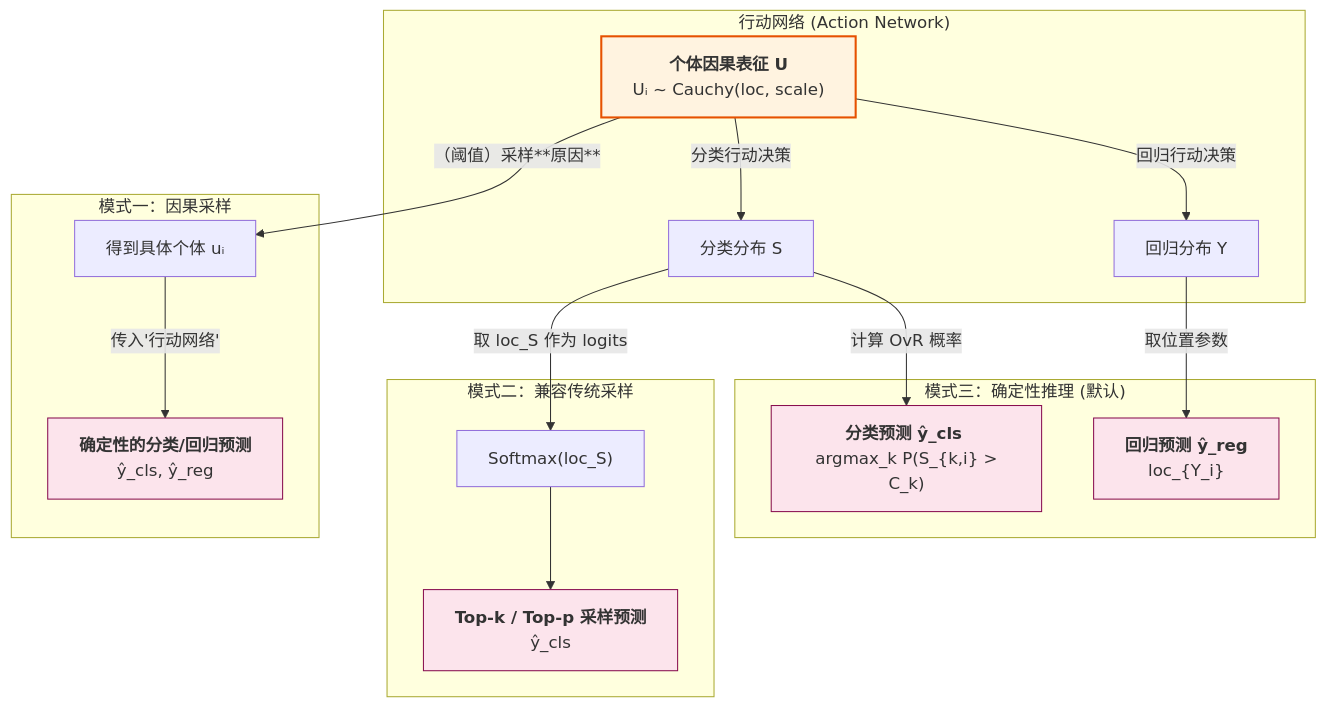
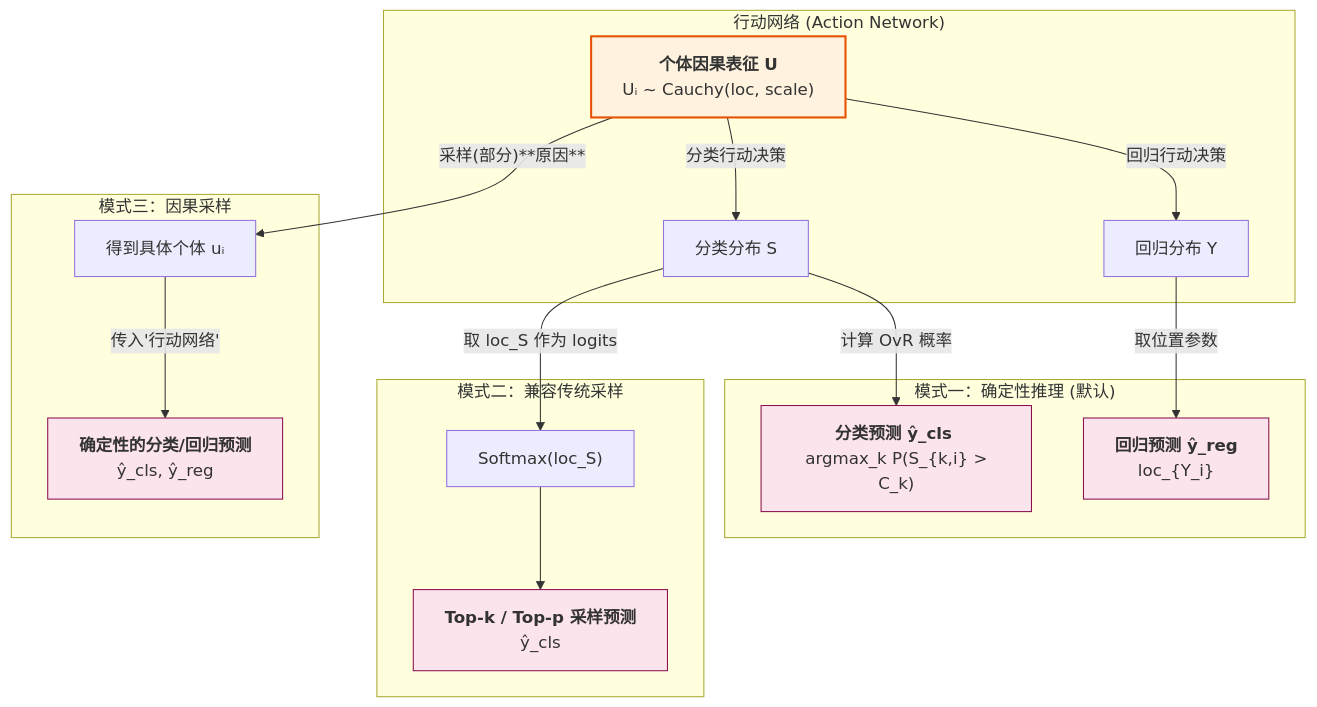
The third of 4 diagrams in docs/math_deep_dive/02_inference.md (1587causalai/CausalQwen), drawn with Mermaid before and after one commit. The commit also changed other lines of this file and 1 other file, not shown here.

````diff
--- a/docs/math_deep_dive/02_inference.md
+++ b/docs/math_deep_dive/02_inference.md
@@ -63,29 +132,29 @@
 ```mermaid
 graph TD
     A["<b>个体因果表征 U</b><br>Uᵢ ~ Cauchy(loc, scale)"];
 
     subgraph "行动网络 (Action Network)"
         A -- "分类行动决策" --> B["分类分布 S"];
         A -- "回归行动决策" --> C["回归分布 Y"];
     end
 
-    subgraph "模式三：确定性推理 (默认)"
+    subgraph "模式一：确定性推理 (默认)"
         B -- "计算 OvR 概率" --> D["<b>分类预测 ŷ_cls </b><br> argmax_k P(S_{k,i} > C_k)"];
         C -- "取位置参数" --> E["<b>回归预测 ŷ_reg </b><br> loc_{Y_i}"];
     end
     subgraph "模式二：兼容传统采样"
         B -- "取 loc_S 作为 logits" --> H["Softmax(loc_S)"];
         H --> I["<b>Top-k / Top-p 采样预测</b> <br> ŷ_cls"];
     end
 
-    subgraph "模式一：因果采样"
-        A -- "（阈值）采样**原因**" --> F["得到具体个体 uᵢ"];
+    subgraph "模式三：因果采样"
+        A -- "采样(部分)**原因**" --> F["得到具体个体 uᵢ"];
         F -- "传入'行动网络'" --> G["<b>确定性的分类/回归预测</b> <br> ŷ_cls, ŷ_reg"];
     end
 
     style A fill:#fff3e0,stroke:#e65100,stroke-width:2px
     style D fill:#fce4ec,stroke:#880e4f
     style E fill:#fce4ec,stroke:#880e4f
     style G fill:#fce4ec,stroke:#880e4f
     style I fill:#fce4ec,stroke:#880e4f
 ```
````
